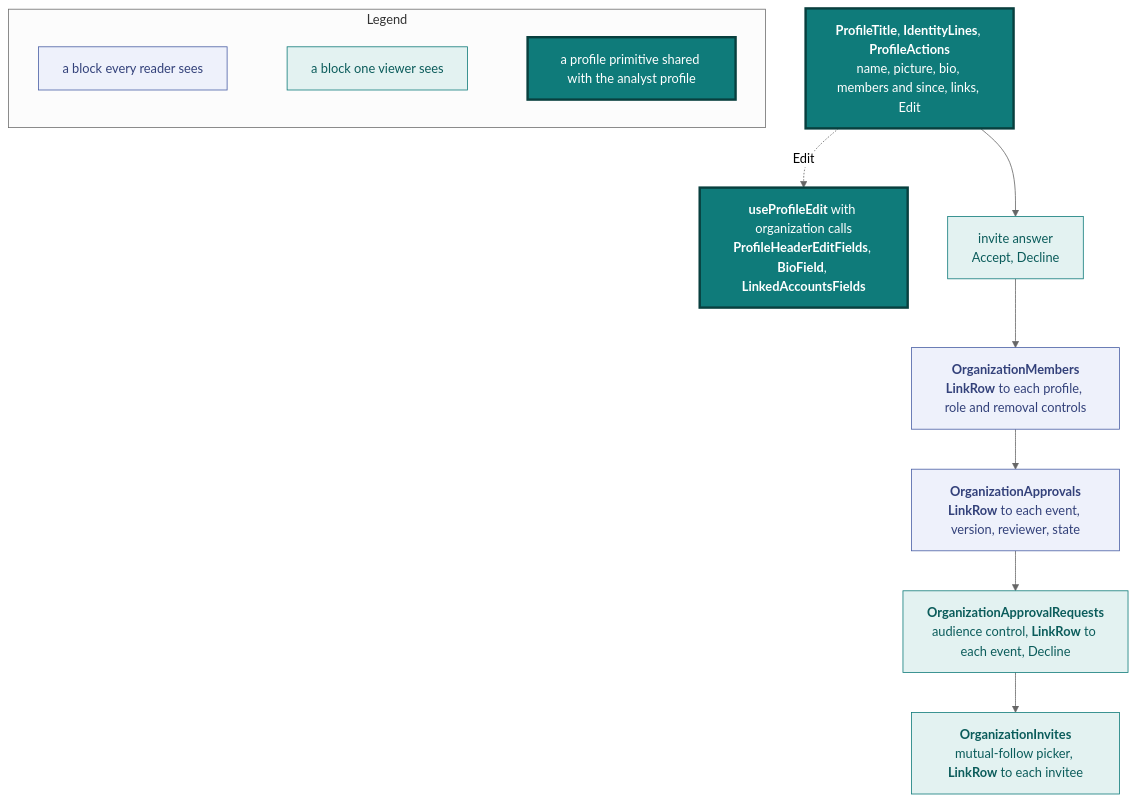
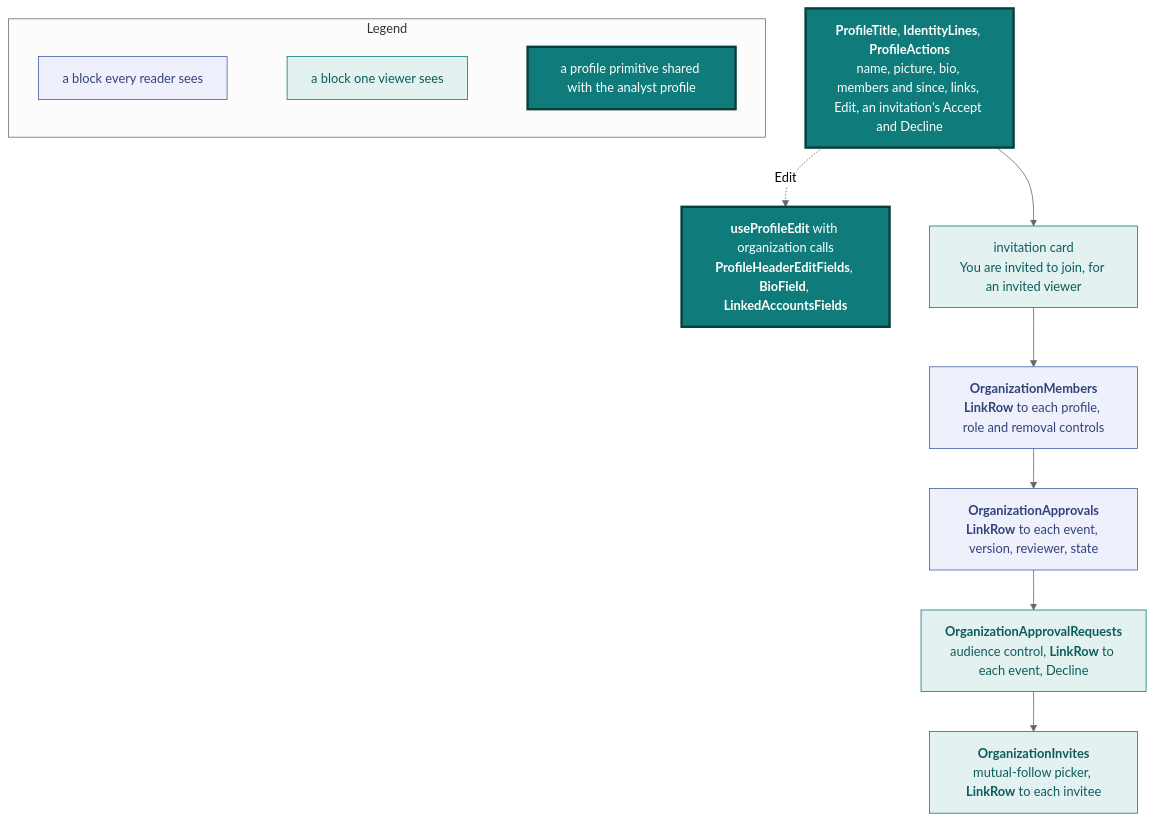
One commit to vidithq/vidit changed diagram 15 of 19 in docs/design.md. Above: the diagram before and after it, drawn with Mermaid (neutral theme). The commit also changed other lines of this file and 15 other files, not shown here.

````diff
--- a/docs/design.md
+++ b/docs/design.md
@@ -1423,32 +1432,32 @@
 ```mermaid
 flowchart TB
   classDef spec fill:#eef1fb,stroke:#4a5fa5,color:#33417a
   classDef shared fill:#e3f2f1,stroke:#0f7b7a,color:#0b5c5b
   classDef core fill:#0f7b7a,stroke:#083f3e,stroke-width:3px,color:#ffffff
 
   subgraph legend [Legend]
     direction LR
     l1["`a block every reader sees`"]:::spec
     l2["`a block one viewer sees`"]:::shared
     l3["`a profile primitive shared with the analyst profile`"]:::core
     l1 ~~~ l2 ~~~ l3
   end
 
   header["`**ProfileTitle**, **IdentityLines**, **ProfileActions**
-  name, picture, bio, members and since, links, Edit`"]:::core
+  name, picture, bio, members and since, links, Edit, an invitation's Accept and Decline`"]:::core
   edit["`**useProfileEdit** with organization calls
   **ProfileHeaderEditFields**, **BioField**, **LinkedAccountsFields**`"]:::core
-  answer["`invite answer
-  Accept, Decline`"]:::shared
+  answer["`invitation card
+  You are invited to join, for an invited viewer`"]:::shared
   members["`**OrganizationMembers**
   **LinkRow** to each profile, role and removal controls`"]:::spec
   approvals["`**OrganizationApprovals**
   **LinkRow** to each event, version, reviewer, state`"]:::spec
   requests["`**OrganizationApprovalRequests**
   audience control, **LinkRow** to each event, Decline`"]:::shared
   invites["`**OrganizationInvites**
   mutual-follow picker, **LinkRow** to each invitee`"]:::shared
 
   header --> answer --> members --> approvals --> requests --> invites
   header -.->|Edit| edit
 ```
````
